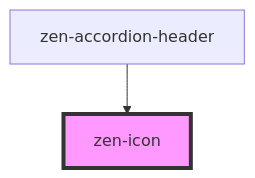
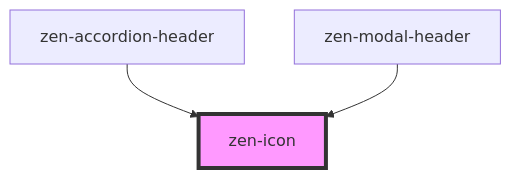
Before and after one commit to woodi3/zen-webcomponents: the diagram in src/components/zen-icon/readme.md, drawn with Mermaid. The commit also changed other lines of this file and 30 other files, not shown here.

First line of the commit message:
(feature): Zen Modal component (#34)

````diff
--- a/src/components/zen-icon/readme.md
+++ b/src/components/zen-icon/readme.md
@@ -24,5 +25,6 @@
 ```mermaid
 graph TD;
   zen-accordion-header --> zen-icon
+  zen-modal-header --> zen-icon
   style zen-icon fill:#f9f,stroke:#333,stroke-width:4px
 ```
````
